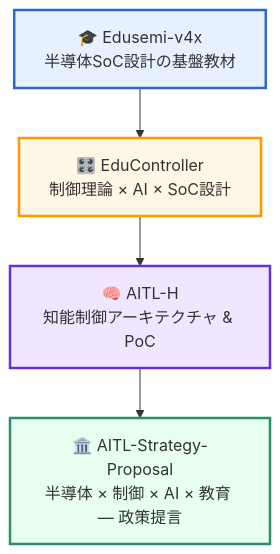
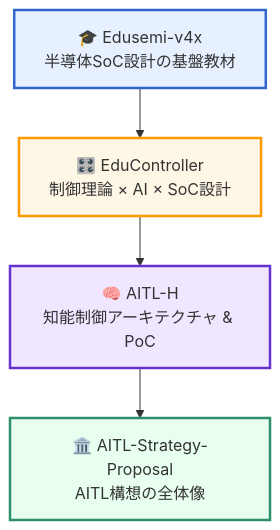
The diagram in index.md (Samizo-AITL/Samizo-AITL.github.io), drawn with Mermaid before and after one commit. The commit also changed other lines of this file, not shown here.

````diff
--- a/index.md
+++ b/index.md
@@ -90,12 +90,12 @@
 ```mermaid
 flowchart TD
     A[🎓 Edusemi-v4x<br/>半導体SoC設計の基盤教材] 
         --> B[🎛️ EduController<br/>制御理論 × AI × SoC設計] 
         --> C[🧠 AITL-H<br/>知能制御アーキテクチャ & PoC]
-        --> D[🏛️ AITL-Strategy-Proposal<br/>半導体 × 制御 × AI × 教育 ― 政策提言]
+        --> D[🏛️ AITL-Strategy-Proposal<br/>AITL構想の全体像]
 
     style A fill:#e6f0ff,stroke:#3366cc,stroke-width:2.5px
     style B fill:#fff7e6,stroke:#ff9900,stroke-width:2.5px
     style C fill:#f0e6ff,stroke:#6633cc,stroke-width:2.5px
     style D fill:#e8fff0,stroke:#2a8f6a,stroke-width:2.5px
 ```
````
